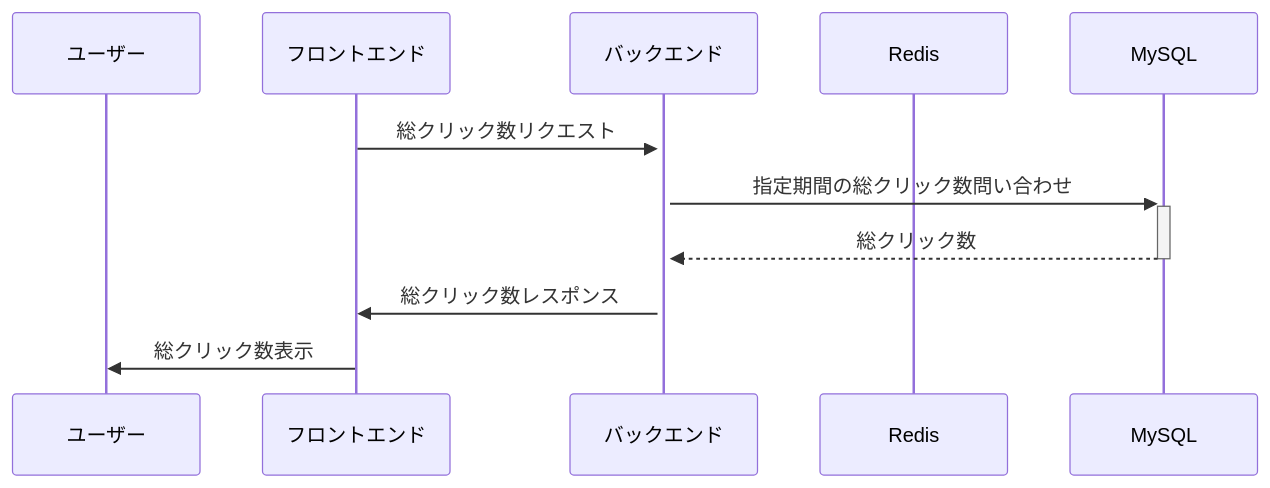
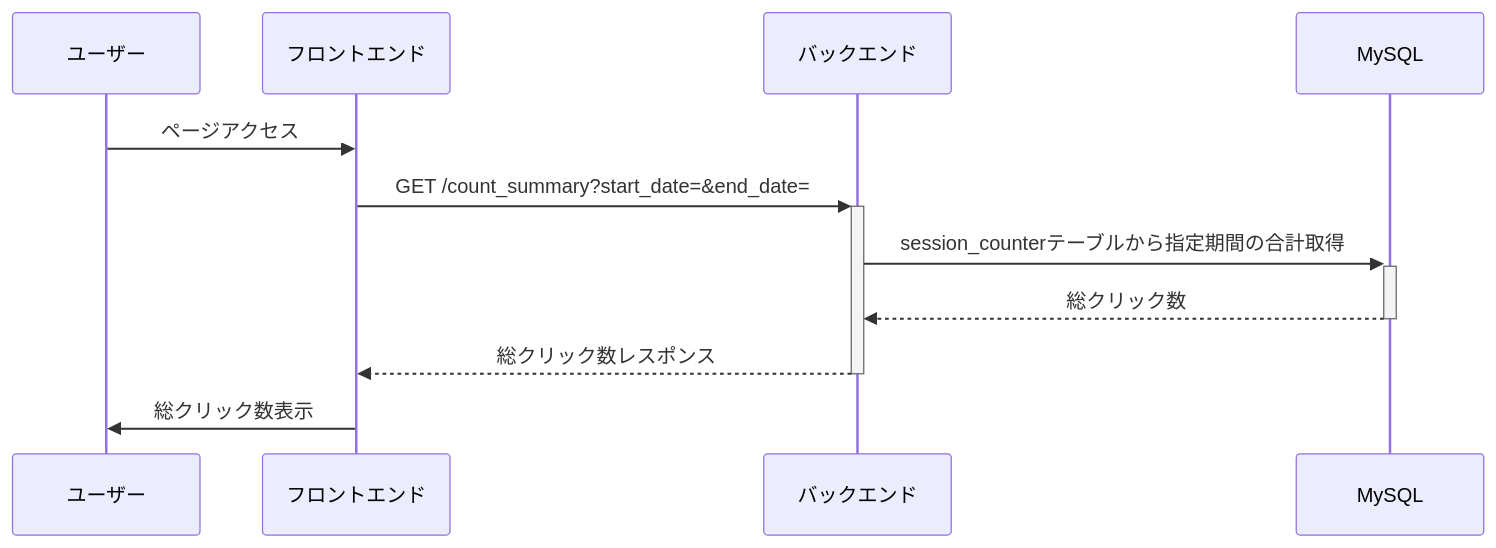
The third of 5 diagrams in README.md (playpark-llc/kazoeru-kun), drawn with Mermaid before and after one commit. The commit also changed other lines of this file, not shown here.

First line of the commit message:
docs: Split screen display sequence diagrams and add API endpoints

````diff
--- a/README.md
+++ b/README.md
@@ -139,14 +141,14 @@
 ```mermaid
 sequenceDiagram
     participant User as ユーザー
     participant Frontend as フロントエンド
     participant Backend as バックエンド
-    participant Redis as Redis
     participant MySQL as MySQL
 
-    Frontend->>+Backend: 総クリック数リクエスト
-    Backend->>+MySQL: 指定期間の総クリック数問い合わせ
+    User->>Frontend: ページアクセス
+    Frontend->>+Backend: GET /count_summary?start_date=&end_date=
+    Backend->>+MySQL: session_counterテーブルから指定期間の合計取得
     MySQL-->>-Backend: 総クリック数
-    Backend->>Frontend: 総クリック数レスポンス
+    Backend-->>-Frontend: 総クリック数レスポンス
     Frontend->>User: 総クリック数表示
 ```
````
